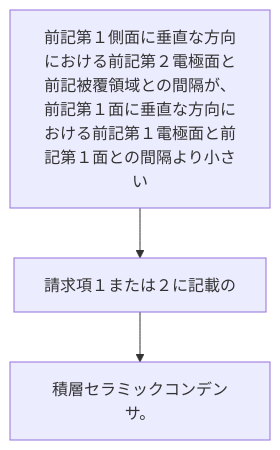
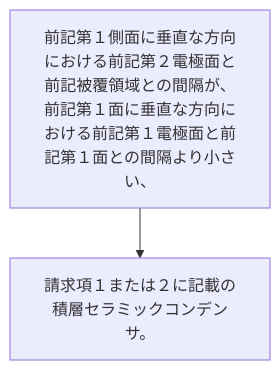
One commit to shinmori55/patent_analyzed changed the diagram in 2024/JP2024034458A/claim_5/README.md. Above: the diagram before and after it, drawn with Mermaid. The commit also changed 336 other files, not shown here.

````diff
--- a/2024/JP2024034458A/claim_5/README.md
+++ b/2024/JP2024034458A/claim_5/README.md
@@ -2,8 +2,6 @@
 ```mermaid
 flowchart TD
-A[前記第１側面に垂直な方向における前記第２電極面と前記被覆領域との間隔が、前記第１面に垂直な方向における前記第１電極面と前記第１面との間隔より小さい]
-B[請求項１または２に記載の]
-C[積層セラミックコンデンサ。]
+A[前記第１側面に垂直な方向における前記第２電極面と前記被覆領域との間隔が、前記第１面に垂直な方向における前記第１電極面と前記第１面との間隔より小さい、]
+B[請求項１または２に記載の積層セラミックコンデンサ。]
 A --> B
-B --> C
 ```
````
